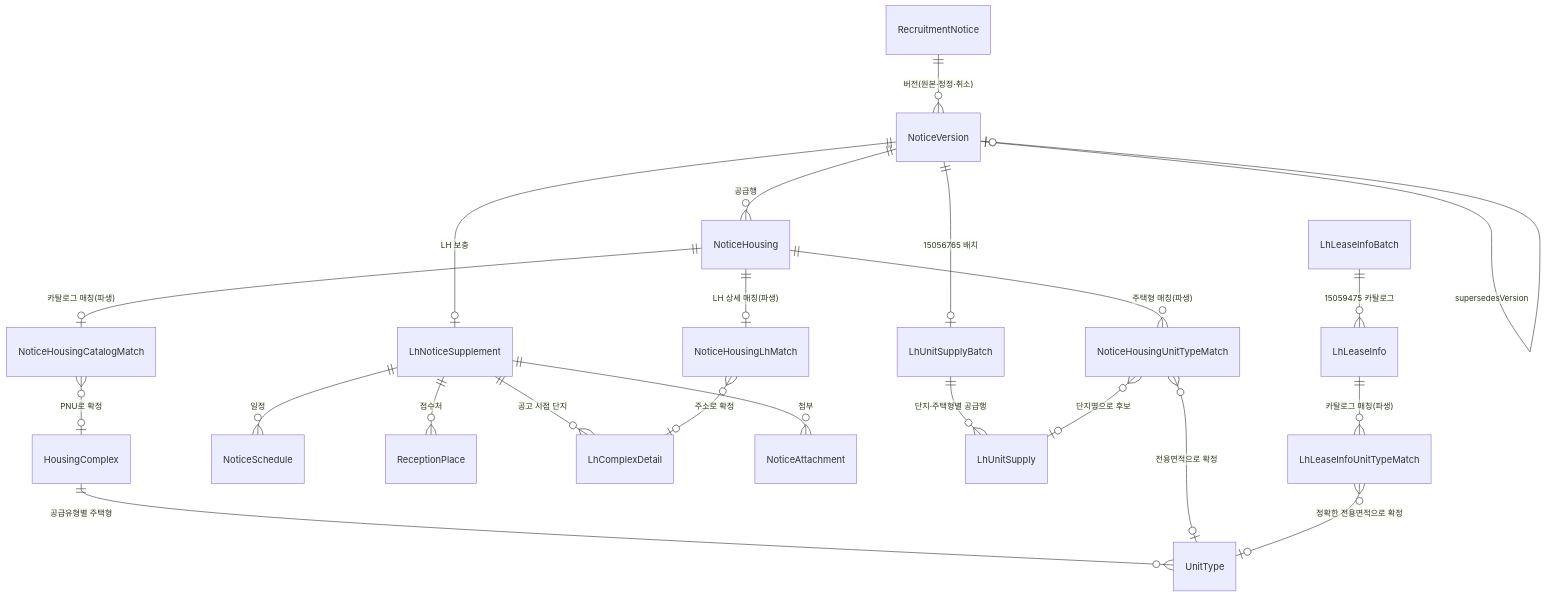
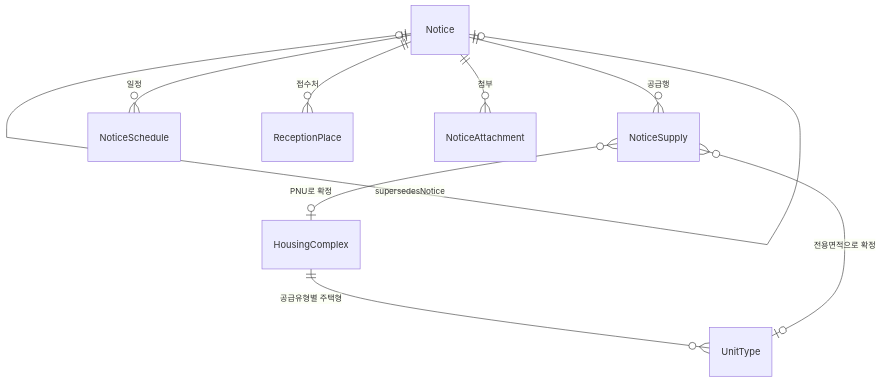
One commit to JunHyung1206/toadzip-api-domain changed the diagram in docs/도메인-설계.md. Above: the diagram before and after it, drawn with Mermaid. The commit also changed other lines of this file and 99 other files, not shown here.

````diff
--- a/docs/도메인-설계.md
+++ b/docs/도메인-설계.md
@@ -35,27 +45,13 @@
 ```mermaid
 erDiagram
     HousingComplex ||--o{ UnitType : "공급유형별 주택형"
 
-    RecruitmentNotice ||--o{ NoticeVersion : "버전(원본·정정·취소)"
-    NoticeVersion |o--o| NoticeVersion : "supersedesVersion"
-    NoticeVersion ||--o{ NoticeHousing : "공급행"
-    NoticeVersion ||--o| LhNoticeSupplement : "LH 보충"
-    LhNoticeSupplement ||--o{ NoticeSchedule : "일정"
-    LhNoticeSupplement ||--o{ ReceptionPlace : "접수처"
-    LhNoticeSupplement ||--o{ LhComplexDetail : "공고 시점 단지"
-    LhNoticeSupplement ||--o{ NoticeAttachment : "첨부"
+    Notice |o--o| Notice : "supersedesNotice"
+    Notice ||--o{ NoticeSupply : "공급행"
+    Notice ||--o{ NoticeSchedule : "일정"
+    Notice ||--o{ ReceptionPlace : "접수처"
+    Notice ||--o{ NoticeAttachment : "첨부"
 
-    NoticeHousing ||--o| NoticeHousingCatalogMatch : "카탈로그 매칭(파생)"
-    NoticeHousingCatalogMatch }o--o| HousingComplex : "PNU로 확정"
-    NoticeHousing ||--o| NoticeHousingLhMatch : "LH 상세 매칭(파생)"
-    NoticeHousingLhMatch }o--o| LhComplexDetail : "주소로 확정"
-
-    NoticeVersion ||--o| LhUnitSupplyBatch : "15056765 배치"
-    LhUnitSupplyBatch ||--o{ LhUnitSupply : "단지·주택형별 공급행"
-    LhLeaseInfoBatch ||--o{ LhLeaseInfo : "15059475 카탈로그"
-    NoticeHousing ||--o{ NoticeHousingUnitTypeMatch : "주택형 매칭(파생)"
-    NoticeHousingUnitTypeMatch }o--o| LhUnitSupply : "단지명으로 후보"
-    NoticeHousingUnitTypeMatch }o--o| UnitType : "전용면적으로 확정"
-    LhLeaseInfo ||--o{ LhLeaseInfoUnitTypeMatch : "카탈로그 매칭(파생)"
-    LhLeaseInfoUnitTypeMatch }o--o| UnitType : "정확한 전용면적으로 확정"
+    NoticeSupply }o--o| HousingComplex : "PNU로 확정"
+    NoticeSupply }o--o| UnitType : "전용면적으로 확정"
 ```
````
